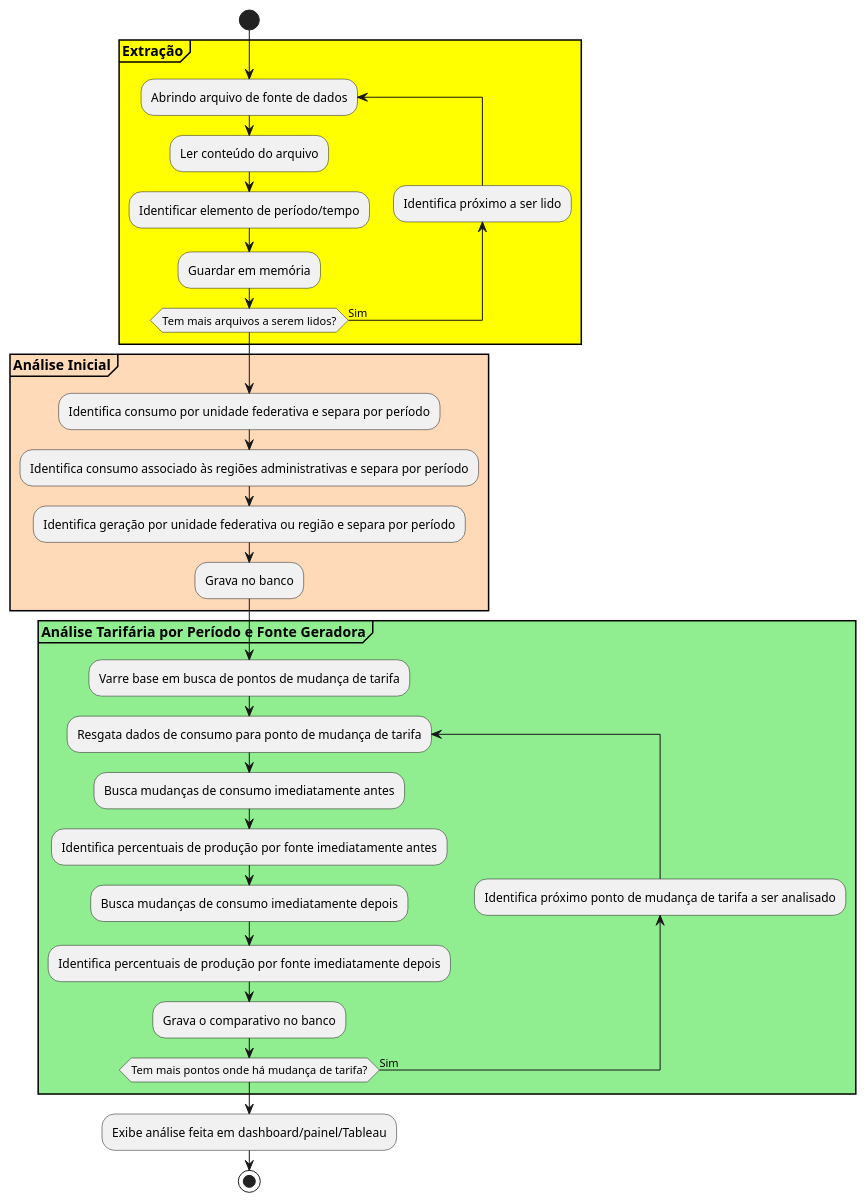
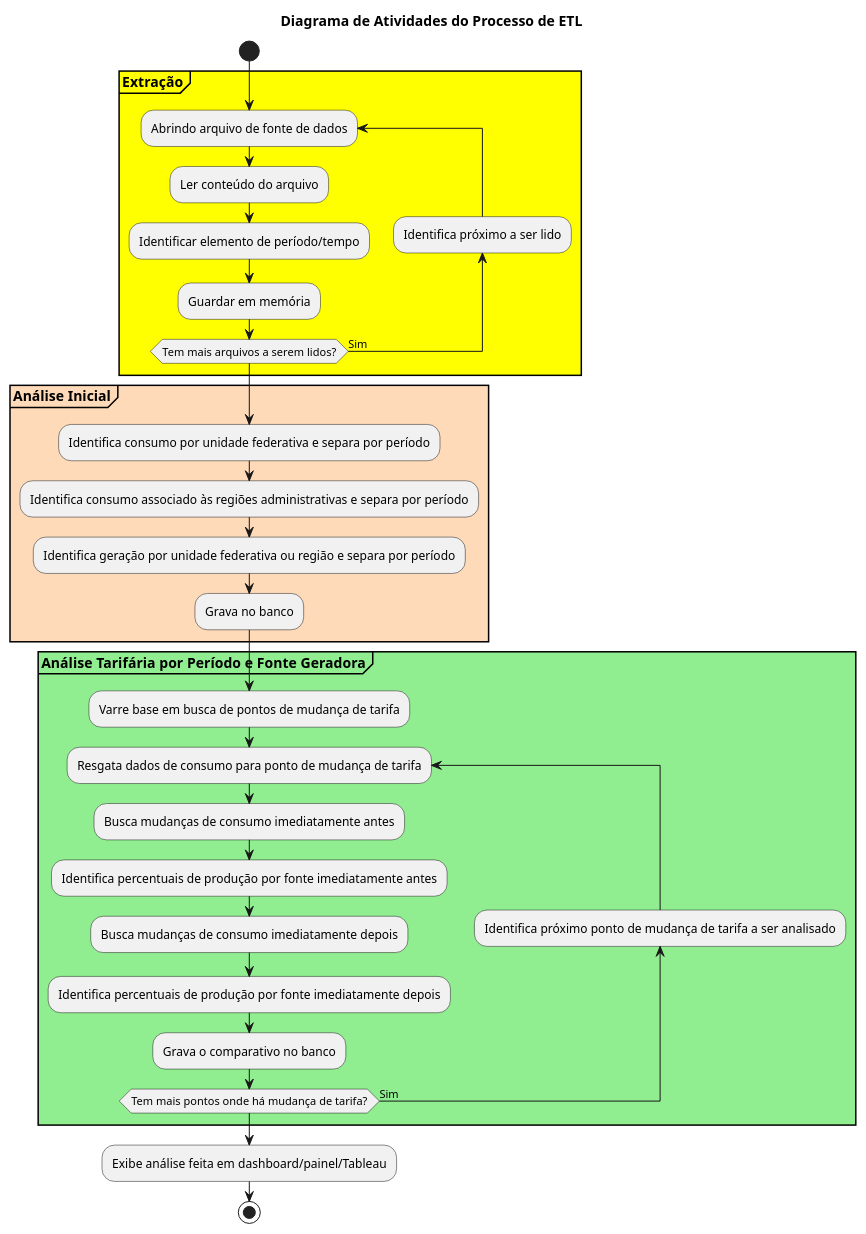
Before and after one commit to PUCMG-Grupo-06/projeto_energia_etl: the diagram in modelagem/etapas_processo.puml, drawn with PlantUML. The commit also changed 12 other files, not shown here.

```diff
--- a/modelagem/etapas_processo.puml
+++ b/modelagem/etapas_processo.puml
@@ -1,33 +1,35 @@
 @startuml
+title "Diagrama de Atividades do Processo de ETL"
+
 start
     partition #yellow "**Extração**" {
         repeat :Abrindo arquivo de fonte de dados;
             :Ler conteúdo do arquivo;
             :Identificar elemento de período/tempo;
             :Guardar em memória;
         backward:Identifica próximo a ser lido;
         repeat while (Tem mais arquivos a serem lidos?) is (Sim)
     }
 
     partition #PeachPuff "**Análise Inicial**" {
         :Identifica consumo por unidade federativa e separa por período;
         :Identifica consumo associado às regiões administrativas e separa por período;
         :Identifica geração por unidade federativa ou região e separa por período;
         :Grava no banco;
     }
 
     partition #lightGreen "**Análise Tarifária por Período e Fonte Geradora**" {
         :Varre base em busca de pontos de mudança de tarifa;
         repeat :Resgata dados de consumo para ponto de mudança de tarifa;
             :Busca mudanças de consumo imediatamente antes;
             :Identifica percentuais de produção por fonte imediatamente antes;
             :Busca mudanças de consumo imediatamente depois;
             :Identifica percentuais de produção por fonte imediatamente depois;
             :Grava o comparativo no banco;
         backward:Identifica próximo ponto de mudança de tarifa a ser analisado;
         repeat while (Tem mais pontos onde há mudança de tarifa?) is (Sim)
     }
 
     :Exibe análise feita em dashboard/painel/Tableau;
 stop
 @enduml
```
